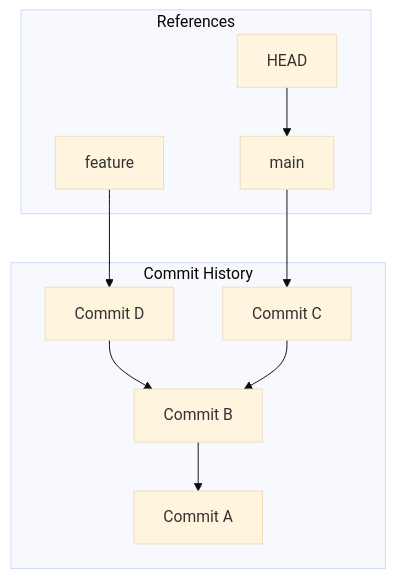
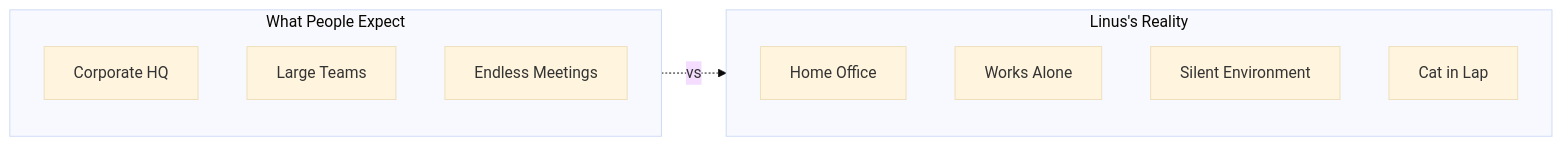
Before and after one commit to prashaantr/skills-lego: the first of 9 diagrams in examples/video-study-guide/example-output/study-guide.md, drawn with Mermaid (base theme). The commit also changed other lines of this file and 2 other files, not shown here.

````diff
--- a/examples/video-study-guide/example-output/study-guide.md
+++ b/examples/video-study-guide/example-output/study-guide.md
@@ -106,22 +29,17 @@
 ```mermaid
-flowchart TB
-    subgraph Refs["References"]
-        HEAD["HEAD"]
-        main["main"]
-        feature["feature"]
+flowchart LR
+    subgraph Expected["What People Expect"]
+        HQ["Corporate HQ"]
+        Teams["Large Teams"]
+        Meetings["Endless Meetings"]
     end
 
-    subgraph Commits["Commit History"]
-        C1["Commit A"]
-        C2["Commit B"]
-        C3["Commit C"]
-        C4["Commit D"]
+    subgraph Reality["Linus's Reality"]
+        Home["Home Office"]
+        Alone["Works Alone"]
+        Quiet["Silent Environment"]
+        Cat["Cat in Lap"]
     end
 
-    HEAD --> main
-    main --> C3
-    feature --> C4
-    C4 --> C2
-    C3 --> C2
-    C2 --> C1
+    Expected -.->|"vs"| Reality
 ```
````
